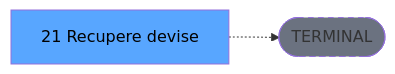
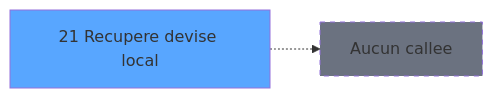
Before and after one commit to thonyAGP/lecteur-magic: the third of 3 diagrams in .openspec/specs/ADH-IDE-21.md, drawn with Mermaid. The commit also changed other lines of this file and 96 other files, not shown here.

````diff
--- a/.openspec/specs/ADH-IDE-21.md
+++ b/.openspec/specs/ADH-IDE-21.md
@@ -134,8 +136,8 @@
 ```mermaid
 graph LR
-    T[21 Recupere devise]
-    TERM([TERMINAL])
-    T -.-> TERM
-    style TERM fill:#6b7280,stroke-dasharray: 5 5
-    style T fill:#58a6ff,color:#000
+    T21[21 Recupere devise local]
+    style T21 fill:#58a6ff
+    NONE[Aucun callee]
+    T21 -.-> NONE
+    style NONE fill:#6b7280,stroke-dasharray: 5 5
 ```
````
